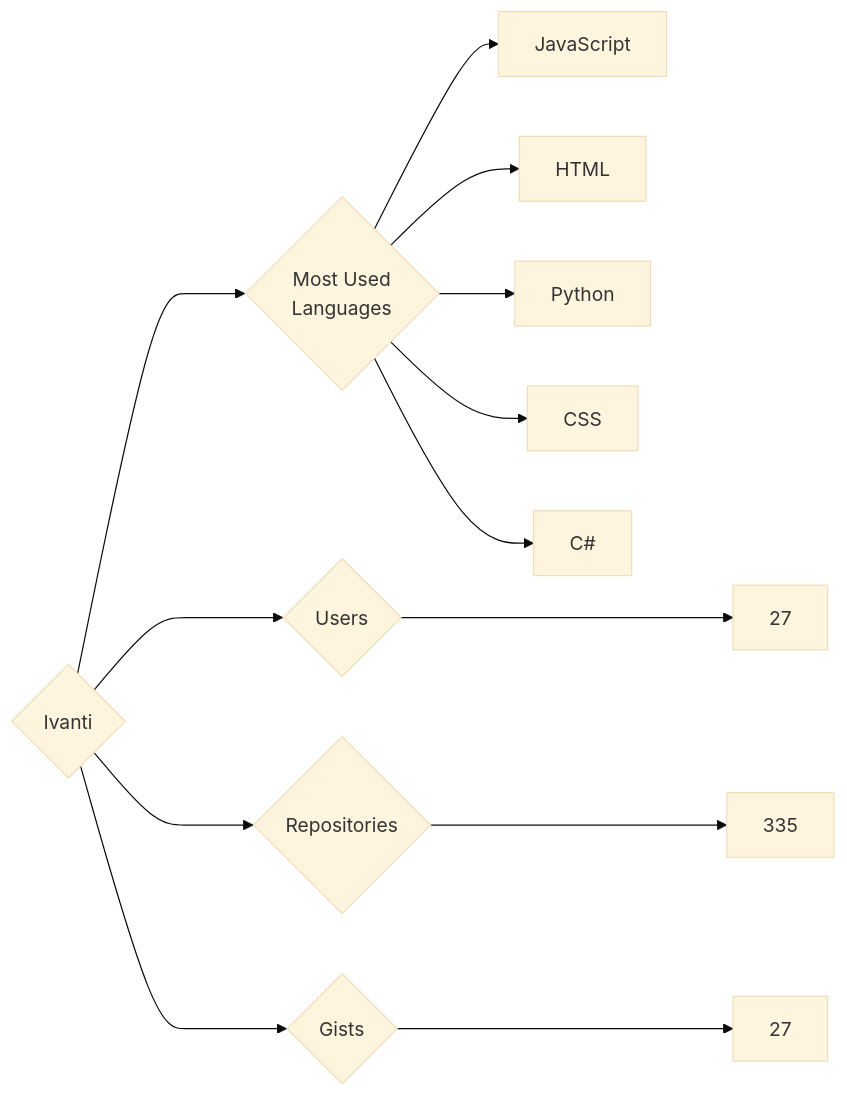
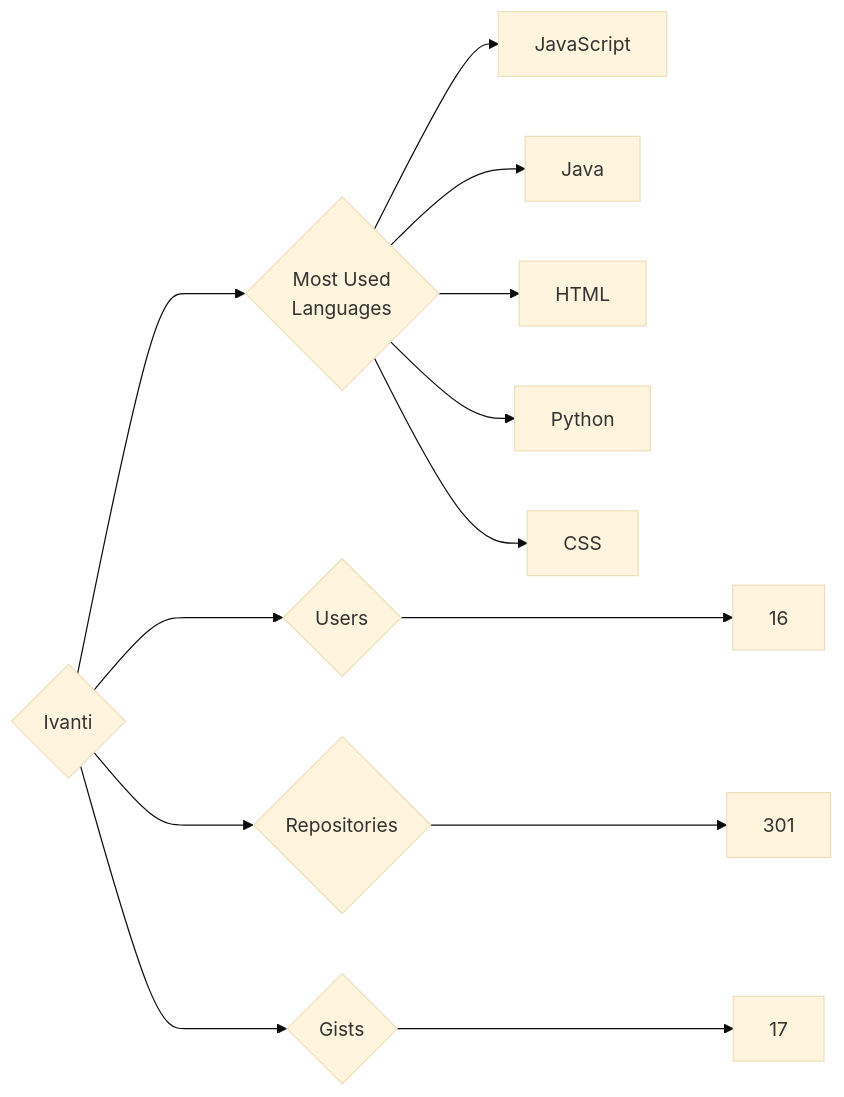
Before and after one commit to trickest/insiders: the diagram in targets/Ivanti/README.md, drawn with Mermaid (base theme). The commit also changed 925 other files, not shown here.

````diff
--- a/targets/Ivanti/README.md
+++ b/targets/Ivanti/README.md
@@ -3,13 +3,13 @@
 ```mermaid
 graph LR
 COMPANY_NAME{Ivanti}
-COMPANY_NAME ---> U{Users} ---> UN[27]
-COMPANY_NAME ---> R{Repositories} ---> RN[335]
-COMPANY_NAME ---> G{Gists} ---> GN[27]
+COMPANY_NAME ---> U{Users} ---> UN[16]
+COMPANY_NAME ---> R{Repositories} ---> RN[301]
+COMPANY_NAME ---> G{Gists} ---> GN[17]
 COMPANY_NAME ---> ML{Most Used<br>Languages}
 ML --> JavaScript[JavaScript]
+ML --> Java[Java]
 ML --> HTML[HTML]
 ML --> Python[Python]
 ML --> CSS[CSS]
-ML --> C#[C#]
 ```
````
